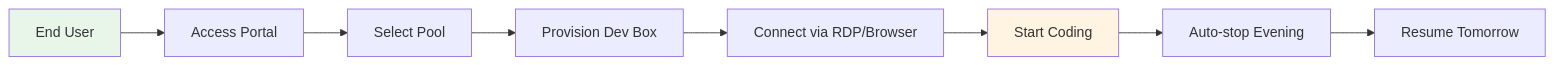
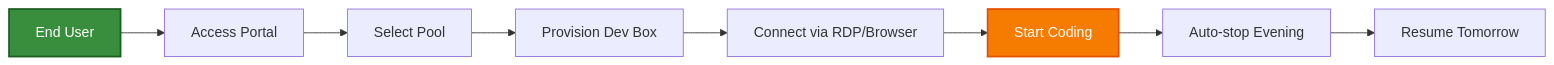
The ninth of 16 diagrams in terraform/devbox-with-multi-images-and-roles/docs/ARCHITECTURE-DIAGRAMS.md (aj-enns/microsoft.devcenter), drawn with Mermaid before and after one commit. The commit also changed other lines of this file, not shown here.

Commit message:
style: Update architecture diagrams with new color scheme for improved clarity

````diff
--- a/terraform/devbox-with-multi-images-and-roles/docs/ARCHITECTURE-DIAGRAMS.md
+++ b/terraform/devbox-with-multi-images-and-roles/docs/ARCHITECTURE-DIAGRAMS.md
@@ -351,14 +351,14 @@
 ```mermaid
 graph LR
     A[End User] --> B[Access Portal]
     B --> C[Select Pool]
     C --> D[Provision Dev Box]
     D --> E[Connect via RDP/Browser]
     E --> F[Start Coding]
     
     F --> G[Auto-stop Evening]
     G --> H[Resume Tomorrow]
     
-    style A fill:#e8f5e9
-    style F fill:#fff4e1
+    style A fill:#388e3c,stroke:#1b5e20,stroke-width:2px,color:#fff
+    style F fill:#f57c00,stroke:#e65100,stroke-width:2px,color:#fff
 ```
````
